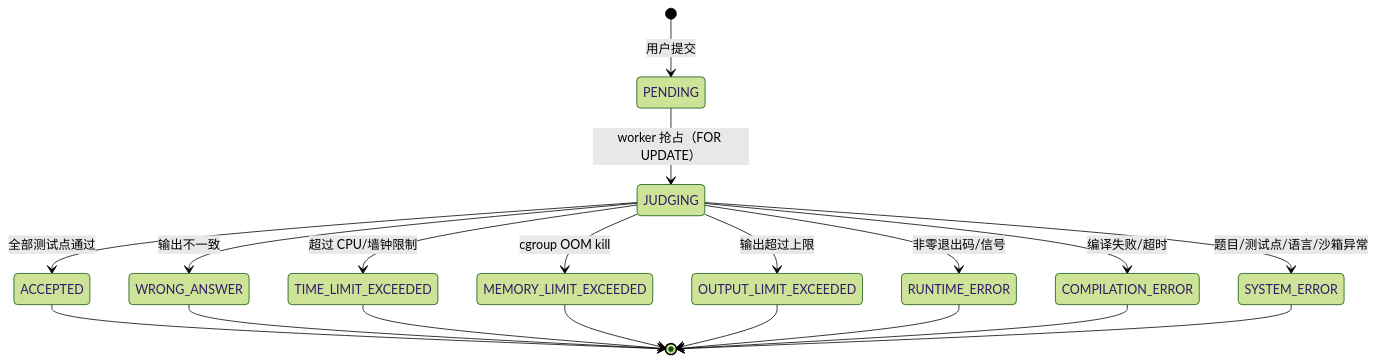
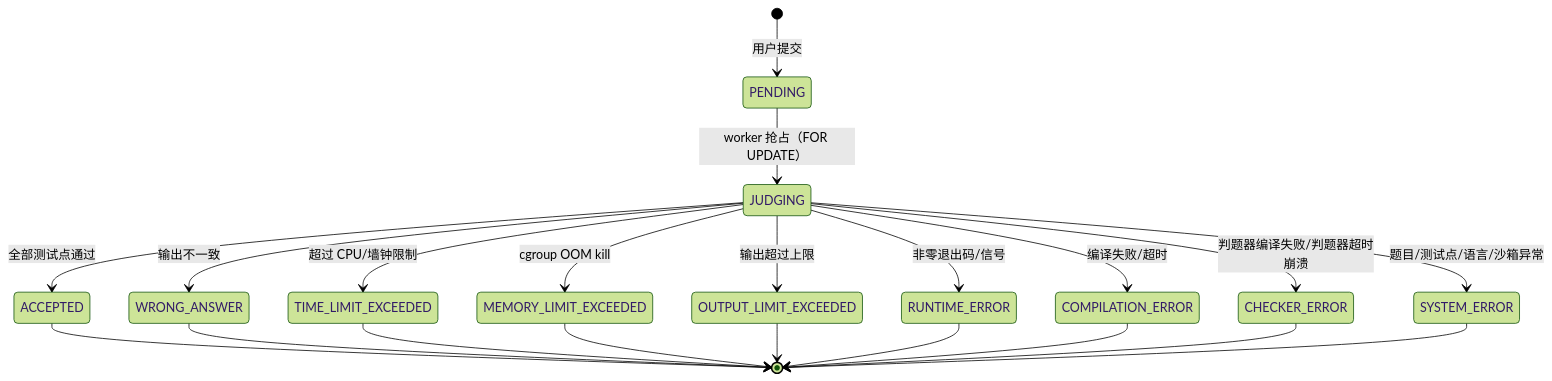
One commit to yucccxi/iOJ changed the diagram in docs/server/03-judge.md. Above: the diagram before and after it, drawn with Mermaid (forest theme). The commit also changed other lines of this file and 50 other files, not shown here.

````diff
--- a/docs/server/03-judge.md
+++ b/docs/server/03-judge.md
@@ -5,21 +5,23 @@
 ```mermaid
 stateDiagram-v2
     [*] --> PENDING: 用户提交
     PENDING --> JUDGING: worker 抢占（FOR UPDATE）
     JUDGING --> ACCEPTED: 全部测试点通过
     JUDGING --> WRONG_ANSWER: 输出不一致
     JUDGING --> TIME_LIMIT_EXCEEDED: 超过 CPU/墙钟限制
     JUDGING --> MEMORY_LIMIT_EXCEEDED: cgroup OOM kill
     JUDGING --> OUTPUT_LIMIT_EXCEEDED: 输出超过上限
     JUDGING --> RUNTIME_ERROR: 非零退出码/信号
     JUDGING --> COMPILATION_ERROR: 编译失败/超时
+    JUDGING --> CHECKER_ERROR: 判题器编译失败/判题器超时崩溃
     JUDGING --> SYSTEM_ERROR: 题目/测试点/语言/沙箱异常
     ACCEPTED --> [*]
     WRONG_ANSWER --> [*]
     TIME_LIMIT_EXCEEDED --> [*]
     MEMORY_LIMIT_EXCEEDED --> [*]
     OUTPUT_LIMIT_EXCEEDED --> [*]
     RUNTIME_ERROR --> [*]
     COMPILATION_ERROR --> [*]
+    CHECKER_ERROR --> [*]
     SYSTEM_ERROR --> [*]
 ```
````
